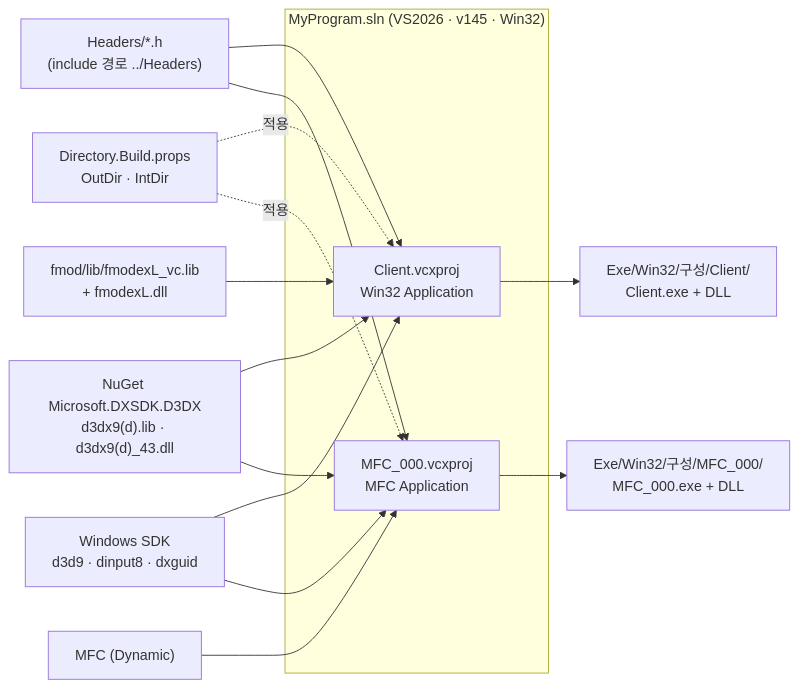
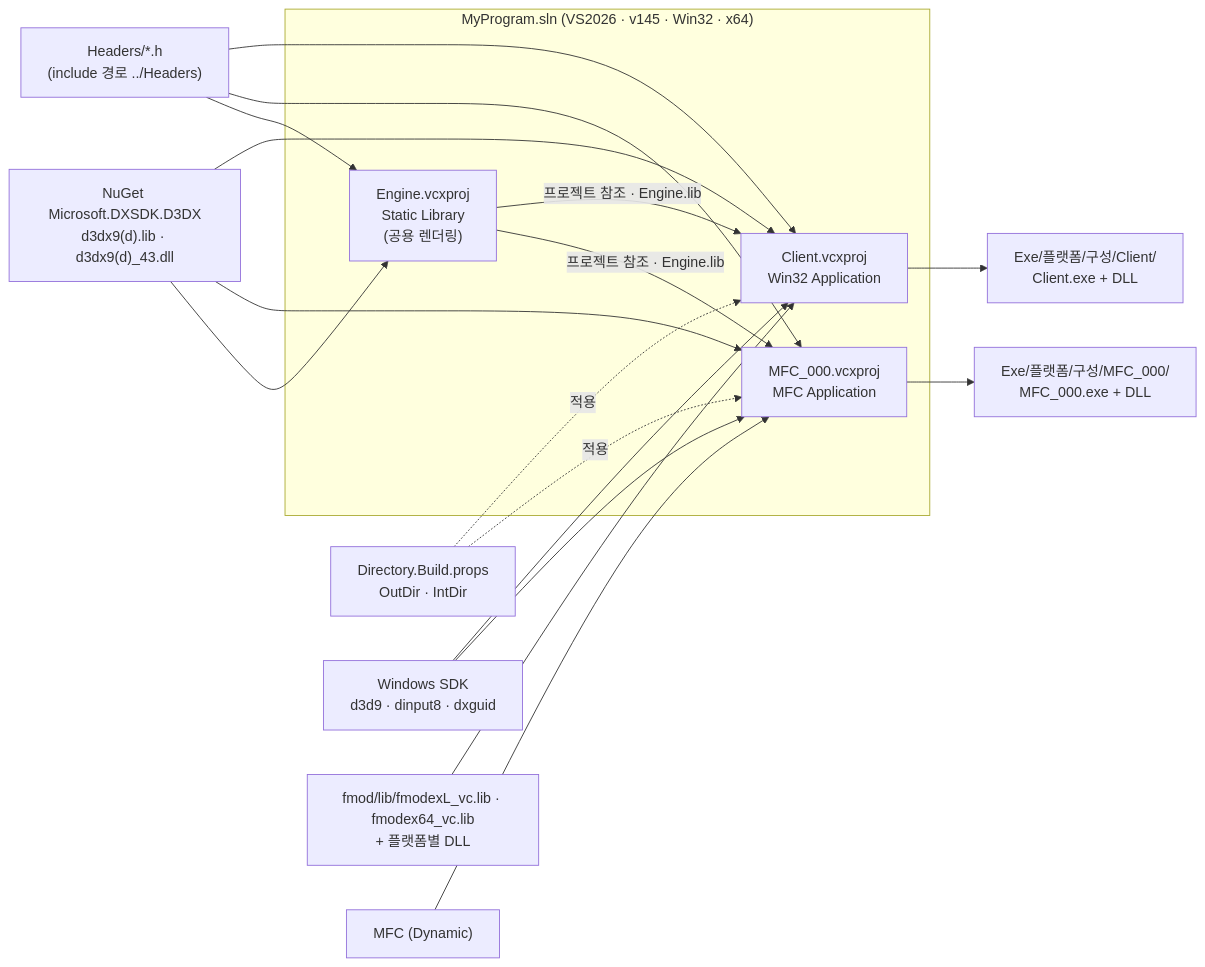
The first of 10 diagrams in docs/ARCHITECTURE.md (Ryujaehyeon/Portfolio), drawn with Mermaid before and after one commit. The commit also changed other lines of this file and 2 other files, not shown here.

First line of the commit message:
docs(shared-render-lib): 공용 렌더링 구조 문서화와 검증 결과 기록

````diff
--- a/docs/ARCHITECTURE.md
+++ b/docs/ARCHITECTURE.md
@@ -34,20 +35,25 @@
 ```mermaid
 flowchart LR
-    subgraph sln["MyProgram.sln (VS2026 · v145 · Win32)"]
+    subgraph sln["MyProgram.sln (VS2026 · v145 · Win32 · x64)"]
         Client["Client.vcxproj<br/>Win32 Application"]
         Tool["MFC_000.vcxproj<br/>MFC Application"]
+        Engine["Engine.vcxproj<br/>Static Library<br/>(공용 렌더링)"]
     end
+    Engine -->|"프로젝트 참조 · Engine.lib"| Client
+    Engine -->|"프로젝트 참조 · Engine.lib"| Tool
     Headers["Headers/*.h<br/>(include 경로 ../Headers)"] --> Client
     Headers --> Tool
+    Headers --> Engine
     Props["Directory.Build.props<br/>OutDir · IntDir"] -.적용.-> Client
     Props -.적용.-> Tool
     NuGet["NuGet Microsoft.DXSDK.D3DX<br/>d3dx9(d).lib · d3dx9(d)_43.dll"] --> Client
     NuGet --> Tool
+    NuGet --> Engine
     SDK["Windows SDK<br/>d3d9 · dinput8 · dxguid"] --> Client
     SDK --> Tool
-    FMOD["fmod/lib/fmodexL_vc.lib<br/>+ fmodexL.dll"] --> Client
+    FMOD["fmod/lib/fmodexL_vc.lib · fmodex64_vc.lib<br/>+ 플랫폼별 DLL"] --> Client
     MFC["MFC (Dynamic)"] --> Tool
-    Client --> OutC["Exe/Win32/구성/Client/<br/>Client.exe + DLL"]
-    Tool --> OutT["Exe/Win32/구성/MFC_000/<br/>MFC_000.exe + DLL"]
+    Client --> OutC["Exe/플랫폼/구성/Client/<br/>Client.exe + DLL"]
+    Tool --> OutT["Exe/플랫폼/구성/MFC_000/<br/>MFC_000.exe + DLL"]
 
 ```
````
